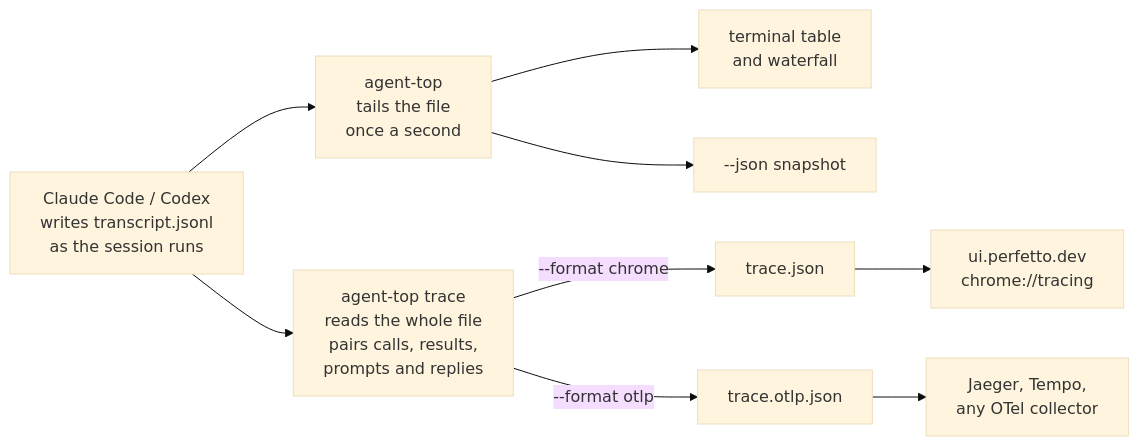
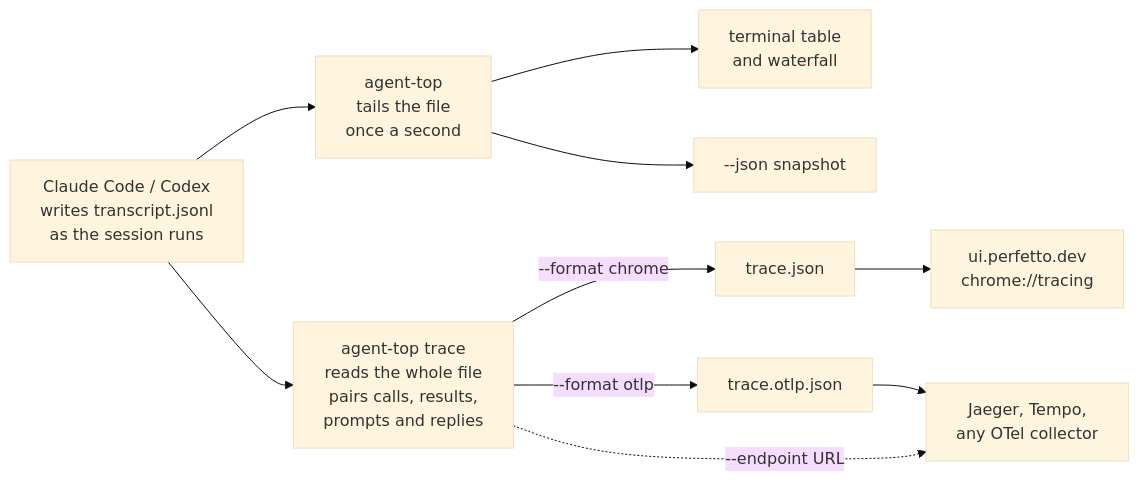
Before and after one commit to kannandreams/agent-top: the diagram in README.md, drawn with Mermaid (base theme). The commit also changed other lines of this file and 11 other files, not shown here.

````diff
--- a/README.md
+++ b/README.md
@@ -128,11 +143,12 @@
 ```mermaid
 flowchart LR
     H["Claude Code / Codex<br/>writes transcript.jsonl<br/>as the session runs"] --> T["agent-top<br/>tails the file<br/>once a second"]
     T --> UI["terminal table<br/>and waterfall"]
     T --> J["--json snapshot"]
     H --> X["agent-top trace<br/>reads the whole file<br/>pairs calls, results,<br/>prompts and replies"]
     X -->|"--format chrome"| P["trace.json"]
     X -->|"--format otlp"| O["trace.otlp.json"]
     P --> PF["ui.perfetto.dev<br/>chrome://tracing"]
     O --> JG["Jaeger, Tempo,<br/>any OTel collector"]
+    X -.->|"--endpoint URL"| JG
 ```
````
